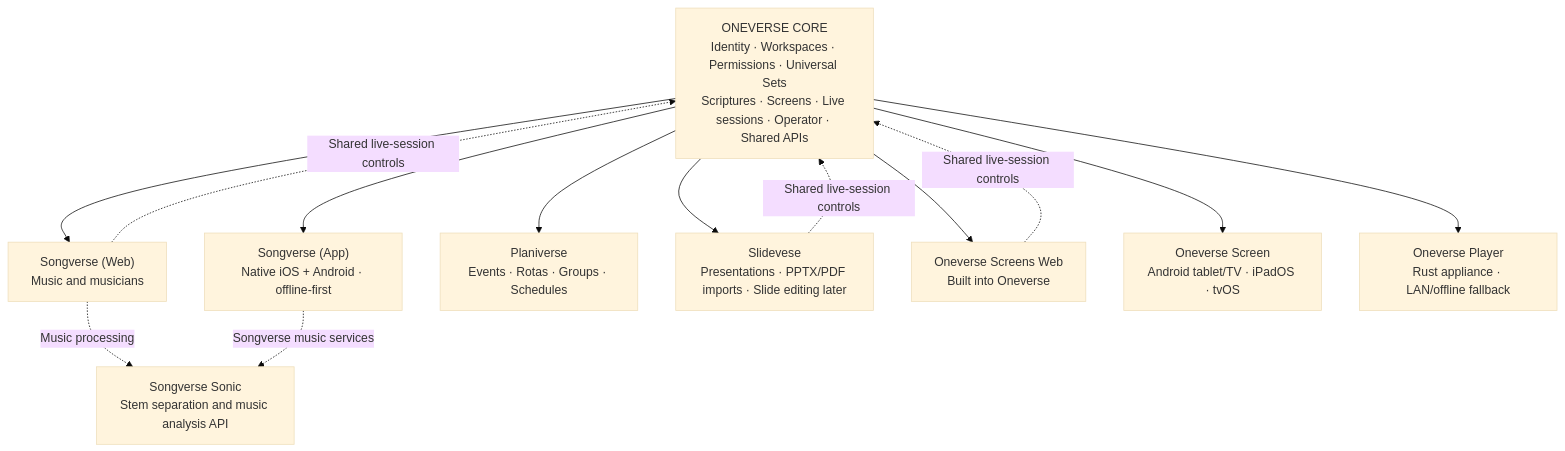
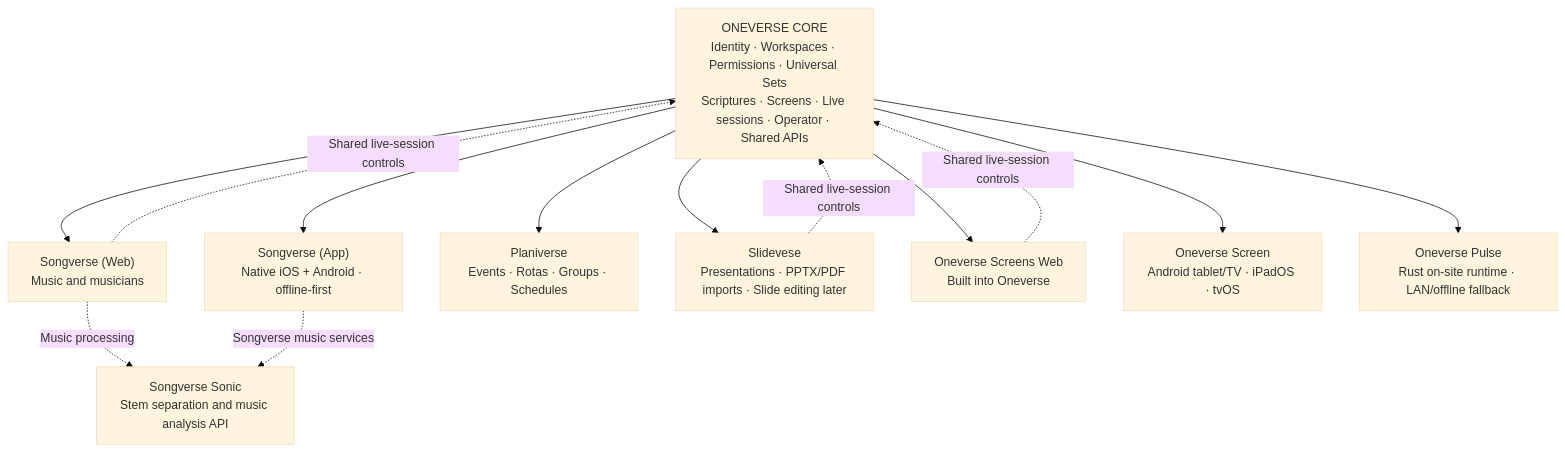
The diagram in docs/oneverse-architecture.md (Vulcio/Oneverse), drawn with Mermaid (base theme) before and after one commit. The commit also changed other lines of this file and 5 other files, not shown here.

First line of the commit message:
The player is Oneverse Pulse now: blueprint, README, docs and links

````diff
--- a/docs/oneverse-architecture.md
+++ b/docs/oneverse-architecture.md
@@ -22,17 +22,17 @@
 ```mermaid
 flowchart TB
   CORE["ONEVERSE CORE<br/>Identity · Workspaces · Permissions · Universal Sets<br/>Scriptures · Screens · Live sessions · Operator · Shared APIs"]
   S["Songverse (Web)<br/>Music and musicians"]
   SA["Songverse (App)<br/>Native iOS + Android · offline-first"]
   P["Planiverse<br/>Events · Rotas · Groups · Schedules"]
   SL["Slidevese<br/>Presentations · PPTX/PDF imports · Slide editing later"]
   SO["Songverse Sonic<br/>Stem separation and music analysis API"]
   SW["Oneverse Screens Web<br/>Built into Oneverse"]
   SN["Oneverse Screen<br/>Android tablet/TV · iPadOS · tvOS"]
-  PLAYER["Oneverse Player<br/>Rust appliance · LAN/offline fallback"]
+  PLAYER["Oneverse Pulse<br/>Rust on-site runtime · LAN/offline fallback"]
   CORE --> S & SA & P & SL
   CORE --> SW & SN & PLAYER
   S -. "Music processing" .-> SO
   SA -. "Songverse music services" .-> SO
   S & SL & SW -. "Shared live-session controls" .-> CORE
 ```
````
